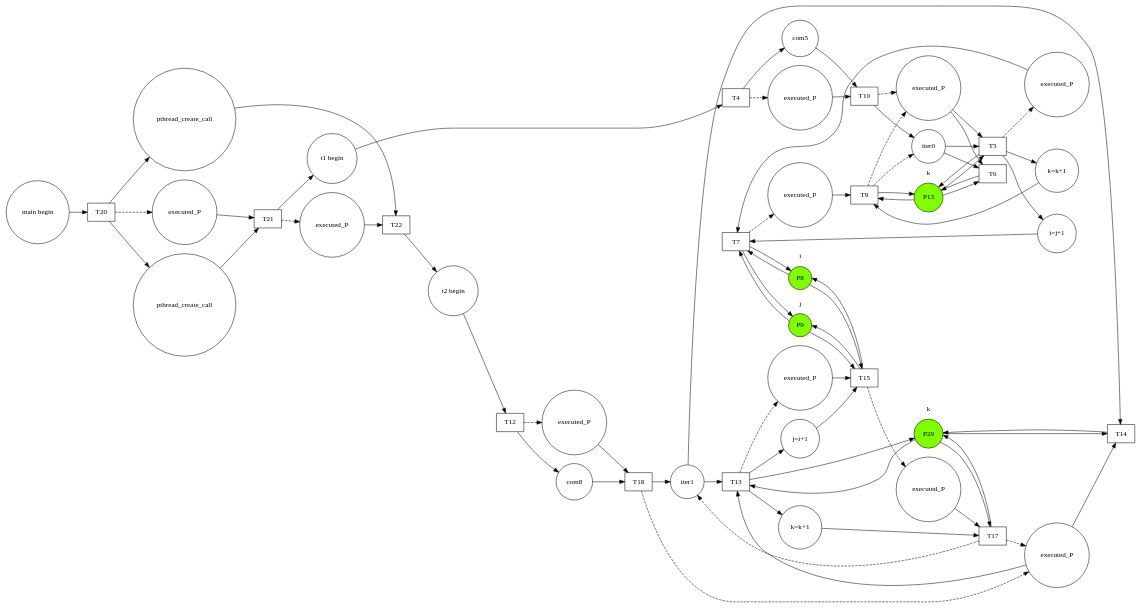
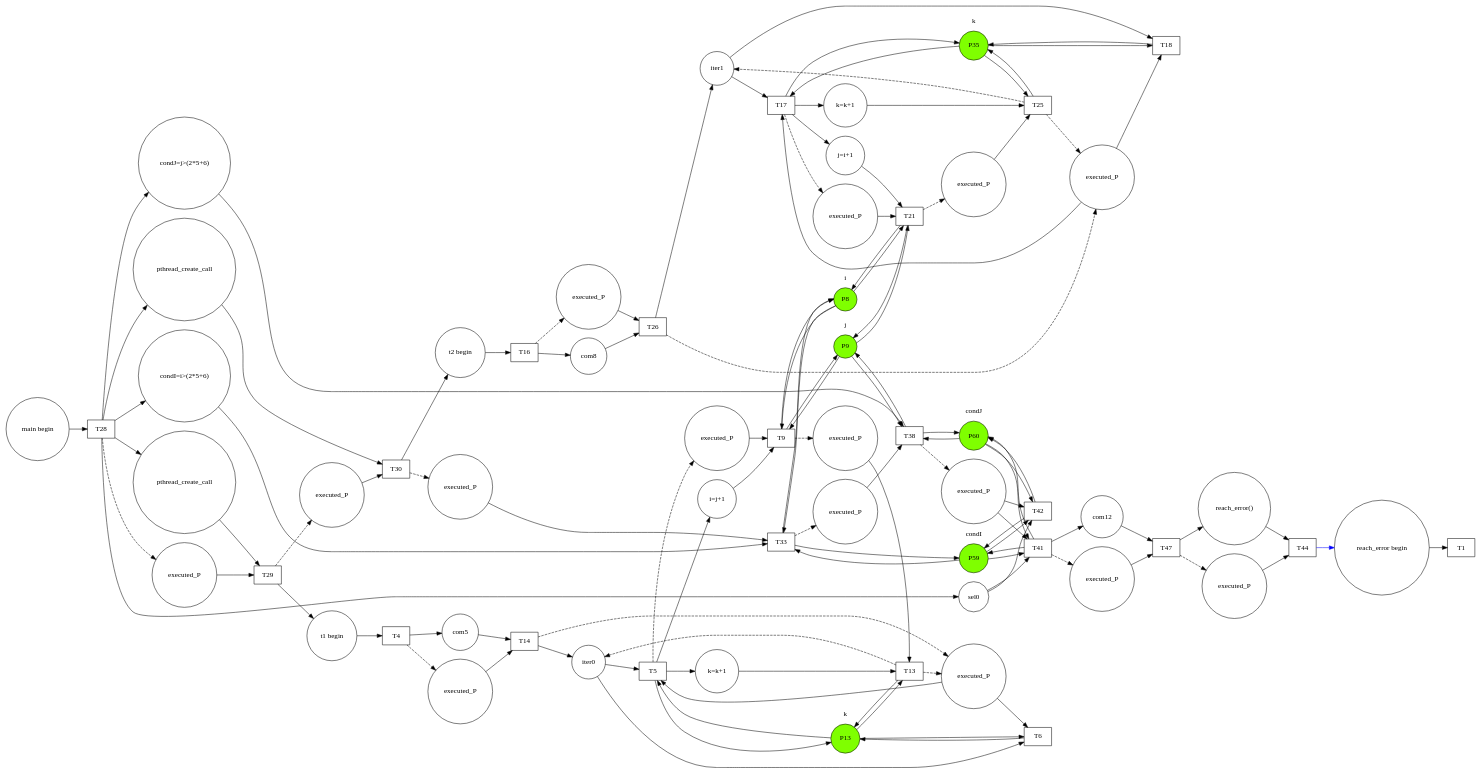
One commit to ccisman/DAMER changed the diagram in cmake-build-debug/2.dot. Above: the diagram before and after it, drawn with Graphviz. The commit also changed 52 other files, not shown here.

```diff
--- a/cmake-build-debug/2.dot
+++ b/cmake-build-debug/2.dot
@@ -1,118 +1,178 @@
 digraph G{
 rankdir = LR
+P2[shape=circle,label="reach_error begin"]
 subgraph cluster_P8{label="i"color="white"P8[shape=circle, style="filled",color="black",fillcolor="chartreuse"]}
 subgraph cluster_P9{label="j"color="white"P9[shape=circle, style="filled",color="black",fillcolor="chartreuse"]}
 P10[shape=circle,label="t1 begin"]
 subgraph cluster_P13{label="k"color="white"P13[shape=circle, style="filled",color="black",fillcolor="chartreuse"]}
 P14[shape=circle,label="iter0"]
-P15[shape=circle,label="i=j+1"]
-P17[shape=circle,label="k=k+1"]
-P18[shape=circle,label="executed_P"]
-P20[shape=circle,label="executed_P"]
-P21[shape=circle,label="com5"]
-P22[shape=circle,label="executed_P"]
-P24[shape=circle,label="executed_P"]
-P26[shape=circle,label="t2 begin"]
-subgraph cluster_P29{label="k"color="white"P29[shape=circle, style="filled",color="black",fillcolor="chartreuse"]}
-P30[shape=circle,label="iter1"]
-P31[shape=circle,label="j=i+1"]
-P33[shape=circle,label="k=k+1"]
-P34[shape=circle,label="executed_P"]
-P36[shape=circle,label="executed_P"]
-P37[shape=circle,label="com8"]
-P38[shape=circle,label="executed_P"]
-P40[shape=circle,label="executed_P"]
-P42[shape=circle,label="main begin"]
-P49[shape=circle,label="pthread_create_call"]
-P50[shape=circle,label="pthread_create_call"]
-P71[shape=circle,label="executed_P"]
-P72[shape=circle,label="executed_P"]
+P17[shape=circle,label="i=j+1"]
+P21[shape=circle,label="k=k+1"]
+P23[shape=circle,label="executed_P"]
+P26[shape=circle,label="executed_P"]
+P27[shape=circle,label="com5"]
+P28[shape=circle,label="executed_P"]
+P30[shape=circle,label="executed_P"]
+P32[shape=circle,label="t2 begin"]
+subgraph cluster_P35{label="k"color="white"P35[shape=circle, style="filled",color="black",fillcolor="chartreuse"]}
+P36[shape=circle,label="iter1"]
+P39[shape=circle,label="j=i+1"]
+P43[shape=circle,label="k=k+1"]
+P45[shape=circle,label="executed_P"]
+P48[shape=circle,label="executed_P"]
+P49[shape=circle,label="com8"]
+P50[shape=circle,label="executed_P"]
+P52[shape=circle,label="executed_P"]
+P54[shape=circle,label="main begin"]
+subgraph cluster_P59{label="condI"color="white"P59[shape=circle, style="filled",color="black",fillcolor="chartreuse"]}
+subgraph cluster_P60{label="condJ"color="white"P60[shape=circle, style="filled",color="black",fillcolor="chartreuse"]}
+P61[shape=circle,label="pthread_create_call"]
+P62[shape=circle,label="pthread_create_call"]
+P65[shape=circle,label="condI=i>(2*5+6)"]
+P70[shape=circle,label="condJ=j>(2*5+6)"]
+P73[shape=circle,label="sel0"]
+P75[shape=circle,label="reach_error()"]
+P78[shape=circle,label="com12"]
+P79[shape=circle,label="executed_P"]
+P81[shape=circle,label="executed_P"]
+P83[shape=circle,label="executed_P"]
+P84[shape=circle,label="executed_P"]
+P86[shape=circle,label="executed_P"]
+P89[shape=circle,label="executed_P"]
+P91[shape=circle,label="executed_P"]
+T1[shape=box]
 T4[shape=box]
 T5[shape=box]
 T6[shape=box]
-T7[shape=box]
 T9[shape=box]
-T10[shape=box]
-T12[shape=box]
 T13[shape=box]
 T14[shape=box]
-T15[shape=box]
+T16[shape=box]
 T17[shape=box]
 T18[shape=box]
-T20[shape=box]
 T21[shape=box]
-T22[shape=box]
+T25[shape=box]
+T26[shape=box]
+T28[shape=box]
+T29[shape=box]
+T30[shape=box]
+T33[shape=box]
+T38[shape=box]
+T41[shape=box]
+T42[shape=box]
+T44[shape=box]
+T47[shape=box]
+P2->T1
 P10->T4
 P14->T5
 P14->T6
-P15->T7
-P9->T7
-T7->P9
-T7->P8
-P8->T7
 P17->T9
-P13->T9
-T9->P13
+P9->T9
+T9->P9
+T9->P8
+P8->T9
+P21->T13
+P13->T13
+T13->P13
 P13->T5
 T5->P13
 P13->T6
 T6->P13
-T9->P14[style="dashed"]
-T5->P15
-T5->P18[style="dashed"]
-P18->T7
+T13->P14[style="dashed"]
 T5->P17
-P20->T9
-P21->T10
-T10->P14
-T10->P22[style="dashed"]
-P22->T5
-P22->T6
-T9->P22[style="dashed"]
-T4->P21
-T4->P24[style="dashed"]
-P24->T10
-P26->T12
-P30->T13
+P23->T9
+T5->P21
+P26->T13
+P27->T14
+T14->P14
+T14->P28[style="dashed"]
+P28->T5
+P28->T6
+T13->P28[style="dashed"]
+T4->P27
+T4->P30[style="dashed"]
 P30->T14
-P31->T15
-P8->T15
-T15->P8
-T15->P9
-P9->T15
-P33->T17
-P29->T17
-T17->P29
-P29->T13
-T13->P29
-P29->T14
-T14->P29
-T17->P30[style="dashed"]
-T13->P31
-T13->P34[style="dashed"]
-P34->T15
-T13->P33
+P32->T16
 P36->T17
-P37->T18
-T18->P30
-T18->P38[style="dashed"]
-P38->T13
-P38->T14
-T17->P38[style="dashed"]
-T12->P37
-T12->P40[style="dashed"]
-P40->T18
-P42->T20
-P49->T21
-T21->P10
-P50->T22
-T22->P26
-T20->P49
-T20->P71[style="dashed"]
-P71->T21
-T20->P50
-T21->P72[style="dashed"]
-P72->T22
-T7->P20[style="dashed"]
-T15->P36[style="dashed"]
+P36->T18
+P39->T21
+P8->T21
+T21->P8
+T21->P9
+P9->T21
+P43->T25
+P35->T25
+T25->P35
+P35->T17
+T17->P35
+P35->T18
+T18->P35
+T25->P36[style="dashed"]
+T17->P39
+P45->T21
+T17->P43
+P48->T25
+P49->T26
+T26->P36
+T26->P50[style="dashed"]
+P50->T17
+P50->T18
+T25->P50[style="dashed"]
+T16->P49
+T16->P52[style="dashed"]
+P52->T26
+P54->T28
+P61->T29
+T29->P10
+P62->T30
+T30->P32
+P65->T33
+P8->T33
+T33->P8
+T33->P59
+P59->T33
+P70->T38
+P9->T38
+T38->P9
+T38->P60
+P60->T38
+P73->T41
+P73->T42
+P75->T44
+T44->P2[color="blue"]
+P78->T47
+T47->P75
+T47->P79[style="dashed"]
+P79->T44
+P59->T41
+T41->P59
+P60->T41
+T41->P60
+P59->T42
+T42->P59
+P60->T42
+T42->P60
+T41->P78
+T41->P81[style="dashed"]
+P81->T47
+T28->P61
+T28->P83[style="dashed"]
+P83->T29
+T28->P62
+T29->P84[style="dashed"]
+P84->T30
+T28->P65
+P86->T33
+T28->P70
+P89->T38
+T28->P73
+P91->T41
+P91->T42
+T5->P23[style="dashed"]
+T9->P26[style="dashed"]
+T17->P45[style="dashed"]
+T21->P48[style="dashed"]
+T30->P86[style="dashed"]
+T33->P89[style="dashed"]
+T38->P91[style="dashed"]
 }
```
